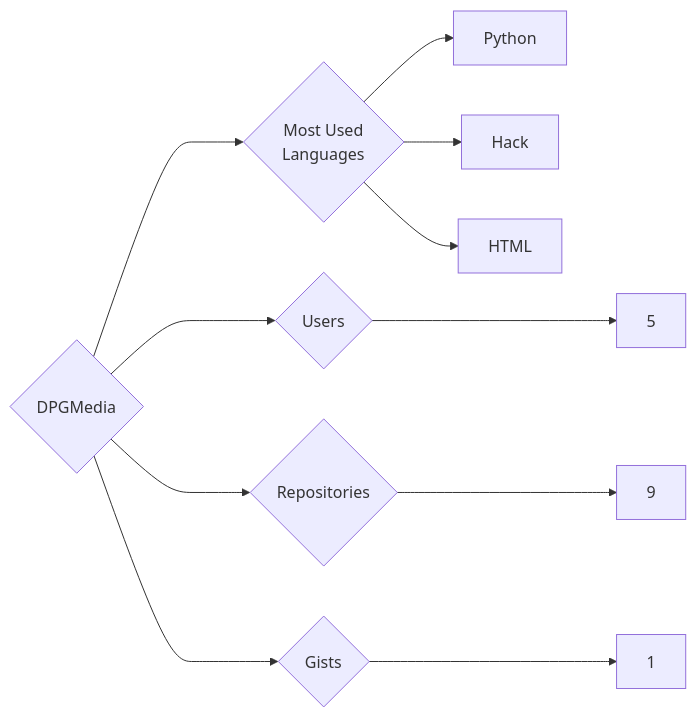
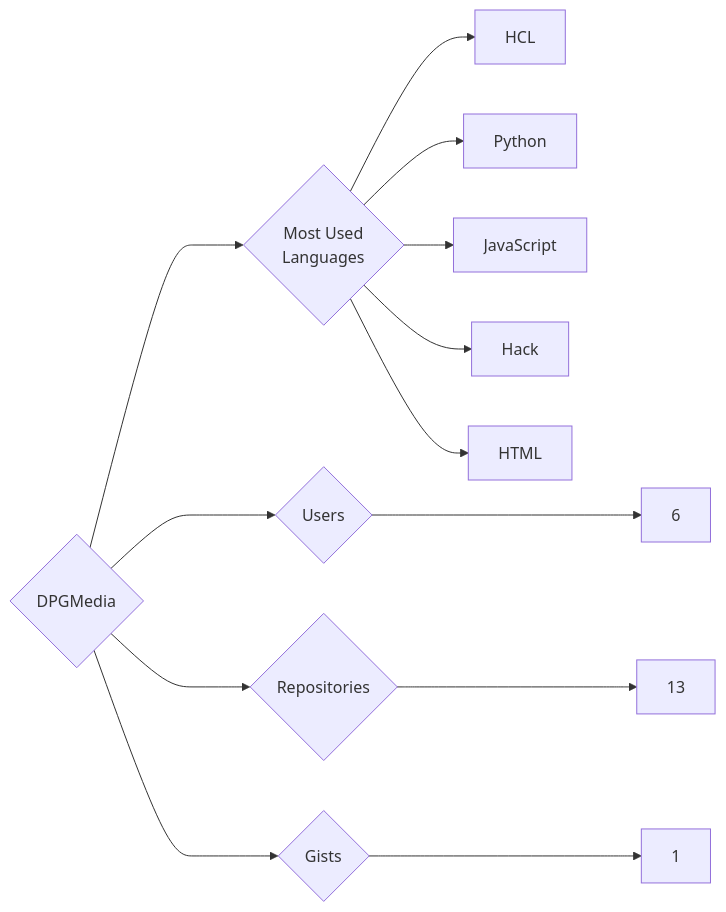
Before and after one commit to trickest/insiders: the diagram in targets/DPGMedia/README.md, drawn with Mermaid. The commit also changed 1149 other files, not shown here.

````diff
--- a/targets/DPGMedia/README.md
+++ b/targets/DPGMedia/README.md
@@ -3,11 +3,13 @@
 ```mermaid
 graph LR
 COMPANY_NAME{DPGMedia}
-COMPANY_NAME ---> U{Users} ---> UN[5]
-COMPANY_NAME ---> R{Repositories} ---> RN[9]
+COMPANY_NAME ---> U{Users} ---> UN[6]
+COMPANY_NAME ---> R{Repositories} ---> RN[13]
 COMPANY_NAME ---> G{Gists} ---> GN[1]
 COMPANY_NAME ---> ML{Most Used<br>Languages}
+ML --> HCL[HCL]
 ML --> Python[Python]
+ML --> JavaScript[JavaScript]
 ML --> Hack[Hack]
 ML --> HTML[HTML]
 ```
````
